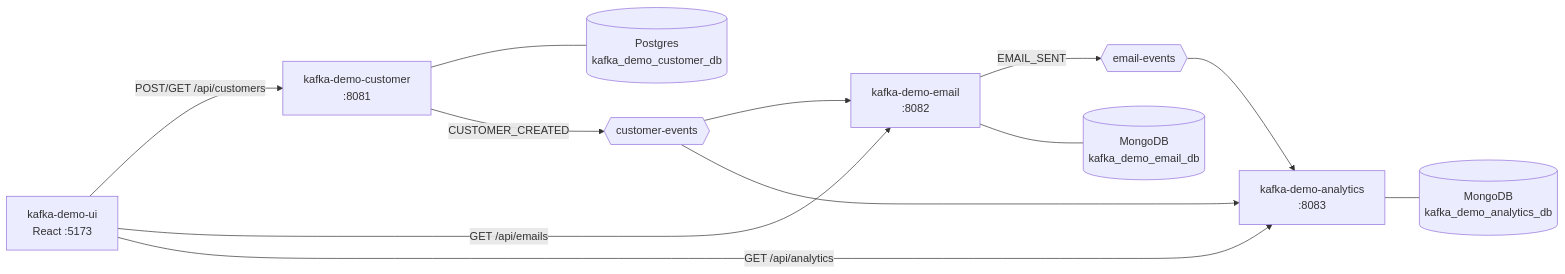
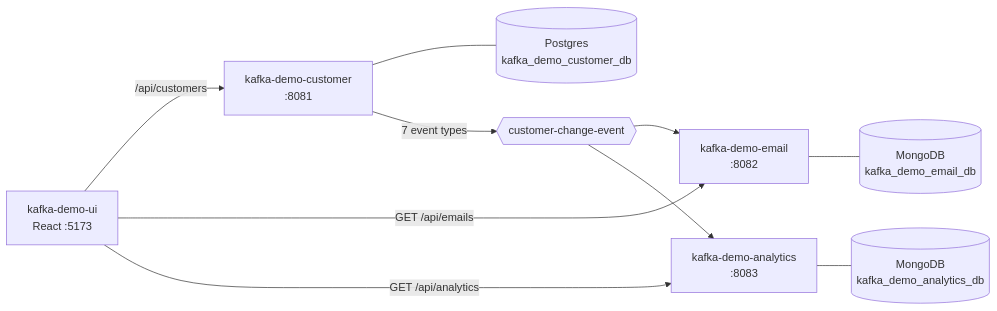
The diagram in docs/architecture.md (bnaqica/kafka-demo-ui), drawn with Mermaid before and after one commit. The commit also changed other lines of this file and 59 other files, not shown here.

Commit message:
Code implementation of Kafka Demo

````diff
--- a/docs/architecture.md
+++ b/docs/architecture.md
@@ -5,14 +5,12 @@
 ```mermaid
 flowchart LR
-    UI[kafka-demo-ui<br/>React :5173] -->|POST/GET /api/customers| C[kafka-demo-customer<br/>:8081]
+    UI[kafka-demo-ui<br/>React :5173] -->|/api/customers| C[kafka-demo-customer<br/>:8081]
     UI -->|GET /api/emails| E[kafka-demo-email<br/>:8082]
     UI -->|GET /api/analytics| A[kafka-demo-analytics<br/>:8083]
     C --- PG[(Postgres<br/>kafka_demo_customer_db)]
-    C -->|CUSTOMER_CREATED| T1{{customer-events}}
+    C -->|7 event types| T1{{customer-change-event}}
     T1 --> E
     T1 --> A
-    E -->|EMAIL_SENT| T2{{email-events}}
-    T2 --> A
     E --- M1[(MongoDB<br/>kafka_demo_email_db)]
     A --- M2[(MongoDB<br/>kafka_demo_analytics_db)]
 ```
````
